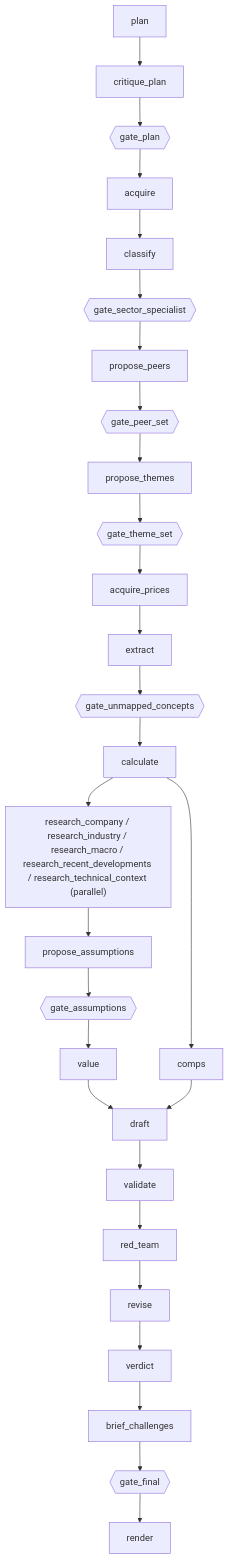
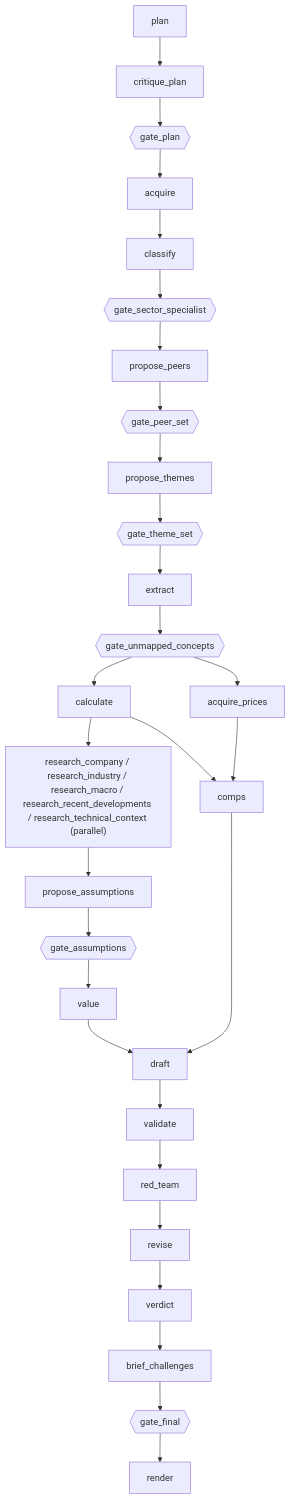
Before and after one commit to rzeminski16-cell/AgeanticInvestmentPlatform: the first of 2 diagrams in docs/developers/knowledge-map.md, drawn with Mermaid. The commit also changed other lines of this file and 2 other files, not shown here.

````diff
--- a/docs/developers/knowledge-map.md
+++ b/docs/developers/knowledge-map.md
@@ -54,18 +54,20 @@
 ```mermaid
 flowchart TD
     plan --> critique_plan --> gate_plan{{gate_plan}}
     gate_plan --> acquire --> classify
     classify --> gate_sector_specialist{{gate_sector_specialist}}
     gate_sector_specialist --> propose_peers --> gate_peer_set{{gate_peer_set}}
     gate_peer_set --> propose_themes --> gate_theme_set{{gate_theme_set}}
-    gate_theme_set --> acquire_prices --> extract
+    gate_theme_set --> extract
     extract --> gate_unmapped_concepts{{gate_unmapped_concepts}}
+    gate_unmapped_concepts --> acquire_prices
     gate_unmapped_concepts --> calculate
     calculate --> research["research_company / research_industry / research_macro / research_recent_developments / research_technical_context (parallel)"]
     calculate --> comps
+    acquire_prices --> comps
     research --> propose_assumptions --> gate_assumptions{{gate_assumptions}}
     gate_assumptions --> value --> draft
     comps --> draft
     draft --> validate --> red_team --> revise --> verdict --> brief_challenges
     brief_challenges --> gate_final{{gate_final}} --> render
 ```
````
